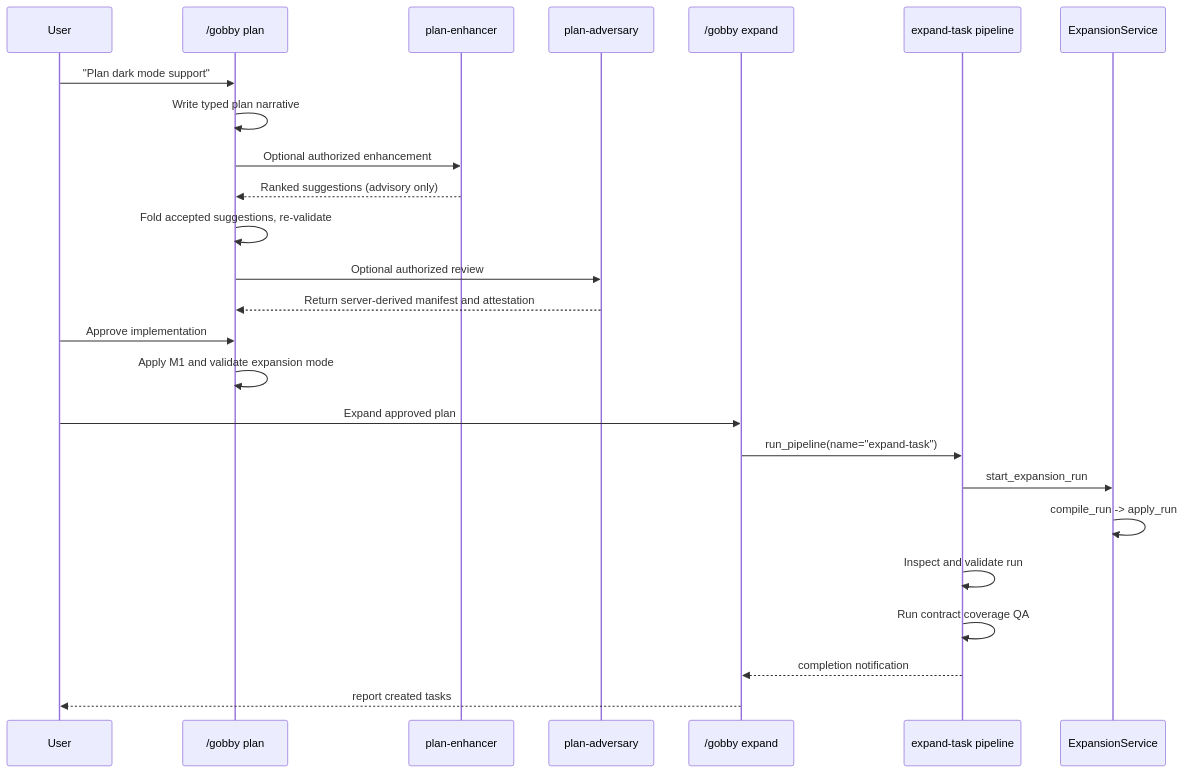
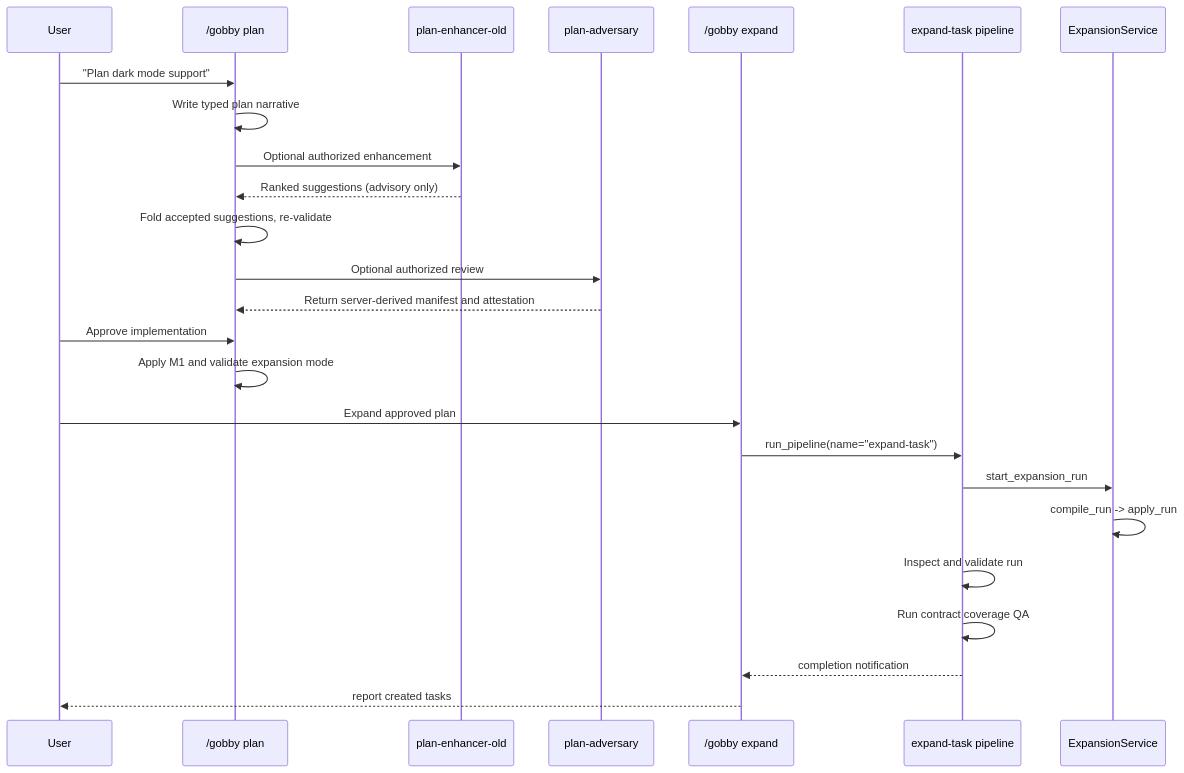
The second of 2 diagrams in docs/guides/task-expansion.md (GobbyAI/gobby), drawn with Mermaid before and after one commit. The commit also changed 24 other files, not shown here.

First line of the commit message:
[gobby-#23339] feat: add plan-writer, plan-enhancer and plan-adversary seat definitions

````diff
--- a/docs/guides/task-expansion.md
+++ b/docs/guides/task-expansion.md
@@ -265,28 +265,28 @@
 ```mermaid
 sequenceDiagram
     participant U as User
     participant P as /gobby plan
-    participant N as plan-enhancer
+    participant N as plan-enhancer-old
     participant R as plan-adversary
     participant E as /gobby expand
     participant EP as expand-task pipeline
     participant XS as ExpansionService
 
     U->>P: "Plan dark mode support"
     P->>P: Write typed plan narrative
     P->>N: Optional authorized enhancement
     N-->>P: Ranked suggestions (advisory only)
     P->>P: Fold accepted suggestions, re-validate
     P->>R: Optional authorized review
     R-->>P: Return server-derived manifest and attestation
     U->>P: Approve implementation
     P->>P: Apply M1 and validate expansion mode
     U->>E: Expand approved plan
     E->>EP: run_pipeline(name="expand-task")
     EP->>XS: start_expansion_run
     XS->>XS: compile_run -> apply_run
     EP->>EP: Inspect and validate run
     EP->>EP: Run contract coverage QA
     EP-->>E: completion notification
     E-->>U: report created tasks
 ```
````
